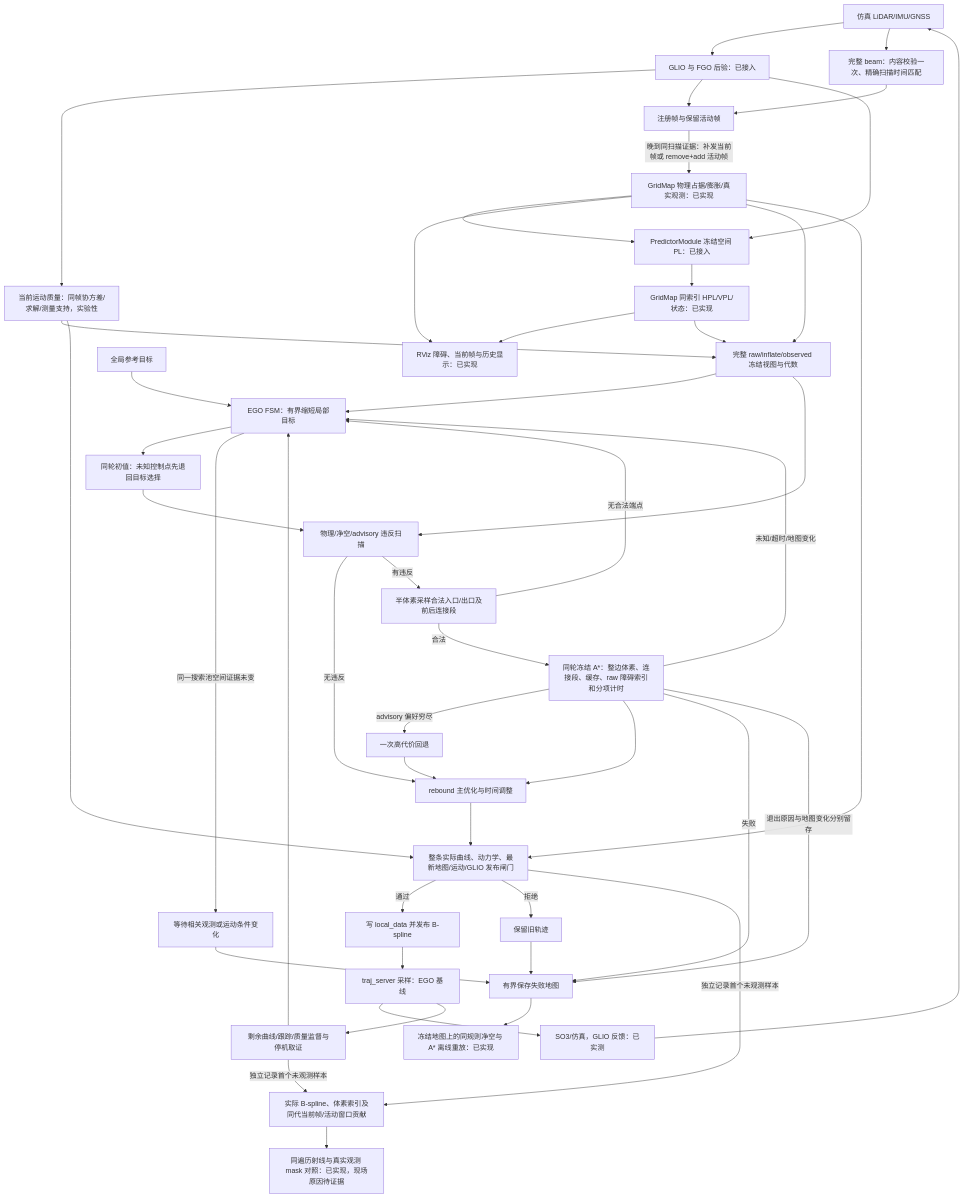
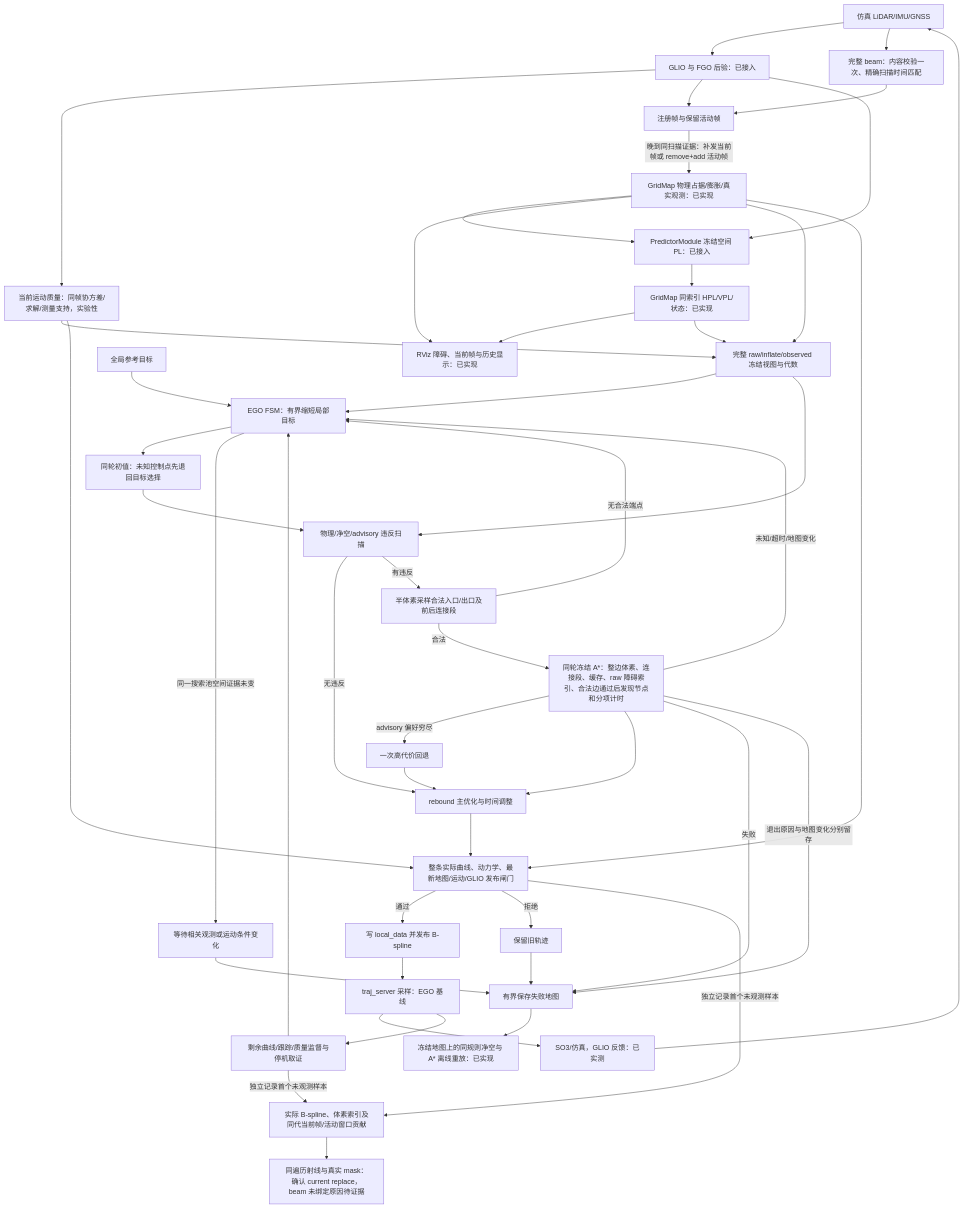
The second of 3 diagrams in docs/spec/ego_based_planning_flow.md (Printeger/iap), drawn with Mermaid before and after one commit. The commit also changed other lines of this file and 3 other files, not shown here.

````diff
--- a/docs/spec/ego_based_planning_flow.md
+++ b/docs/spec/ego_based_planning_flow.md
@@ -58,49 +58,49 @@
 ```mermaid
 flowchart TD
     Sensors[仿真 LiDAR/IMU/GNSS] --> GLIO[GLIO 与 FGO 后验：已接入]
     GLIO --> Current[当前运动质量：同帧协方差/求解/测量支持，实验性]
     Sensors --> Beams[完整 beam：内容校验一次、精确扫描时间匹配]
     GLIO --> Registered[注册帧与保留活动帧]
     Beams --> Registered
     Registered -->|晚到同扫描证据：补发当前帧或 remove+add 活动帧| Map[GridMap 物理占据/膨胀/真实观测：已实现]
     GLIO --> Advisory[PredictorModule 冻结空间 PL：已接入]
     Map --> Advisory
     Advisory --> Risk[GridMap 同索引 HPL/VPL/状态：已实现]
     Map --> Viz[RViz 障碍、当前帧与历史显示：已实现]
     Risk --> Viz
     Goal[全局参考目标] --> FSM[EGO FSM：有界缩短局部目标]
     Map --> Freeze[完整 raw/inflate/observed 冻结视图与代数]
     Current --> Freeze
     Risk --> Freeze
     Freeze --> FSM
     FSM --> Init[同轮初值：未知控制点先退回目标选择]
     Init --> Scan[物理/净空/advisory 违反扫描]
     Freeze --> Scan
     Scan -->|无违反| Opt[rebound 主优化与时间调整]
     Scan -->|有违反| Endpoints[半体素采样合法入口/出口及前后连接段]
     Endpoints -->|无合法端点| FSM
-    Endpoints -->|合法| Search[同轮冻结 A*：整边体素、连接段、缓存、raw 障碍索引和分项计时]
+    Endpoints -->|合法| Search[同轮冻结 A*：整边体素、连接段、缓存、raw 障碍索引、合法边通过后发现节点和分项计时]
     Search -->|未知/超时/地图变化| FSM
     Search -->|advisory 偏好穷尽| SearchFallback[一次高代价回退]
     SearchFallback --> Opt
     Search --> Opt
     Opt --> Final[整条实际曲线、动力学、最新地图/运动/GLIO 发布闸门]
     Map --> Final
     Current --> Final
     Final -->|通过| Commit[写 local_data 并发布 B-spline]
     Final -->|拒绝| Keep[保留旧轨迹]
     FSM -->|同一搜索池空间证据未变| Wait[等待相关观测或运动条件变化]
     Wait --> Evidence[有界保存 stall 地图]
     Keep --> Evidence[有界保存失败地图]
     Search -->|失败| Evidence
     Final -->|独立记录首个未观测样本| Hole[实际 B-spline、体素索引及同代当前帧/活动窗口贡献]
     Monitor -->|独立记录首个未观测样本| Hole
-    Hole --> ObservationReplay[同遍历射线与真实观测 mask 对照：已实现，现场原因待证据]
+    Hole --> ObservationReplay[同遍历射线与真实 mask：确认 current replace，beam 未绑定原因待证据]
     Search -->|退出原因与地图变化分别留存| Evidence
     Evidence --> Replay[冻结地图上的同规则净空与 A* 离线重放：已实现]
     Commit --> Server[traj_server 采样：EGO 基线]
     Server --> Control[SO3/仿真，GLIO 反馈：已实测]
     Control --> Sensors
     Server --> Monitor[剩余曲线/跟踪/质量监督与停机取证]
     Monitor --> FSM
 ```
````
